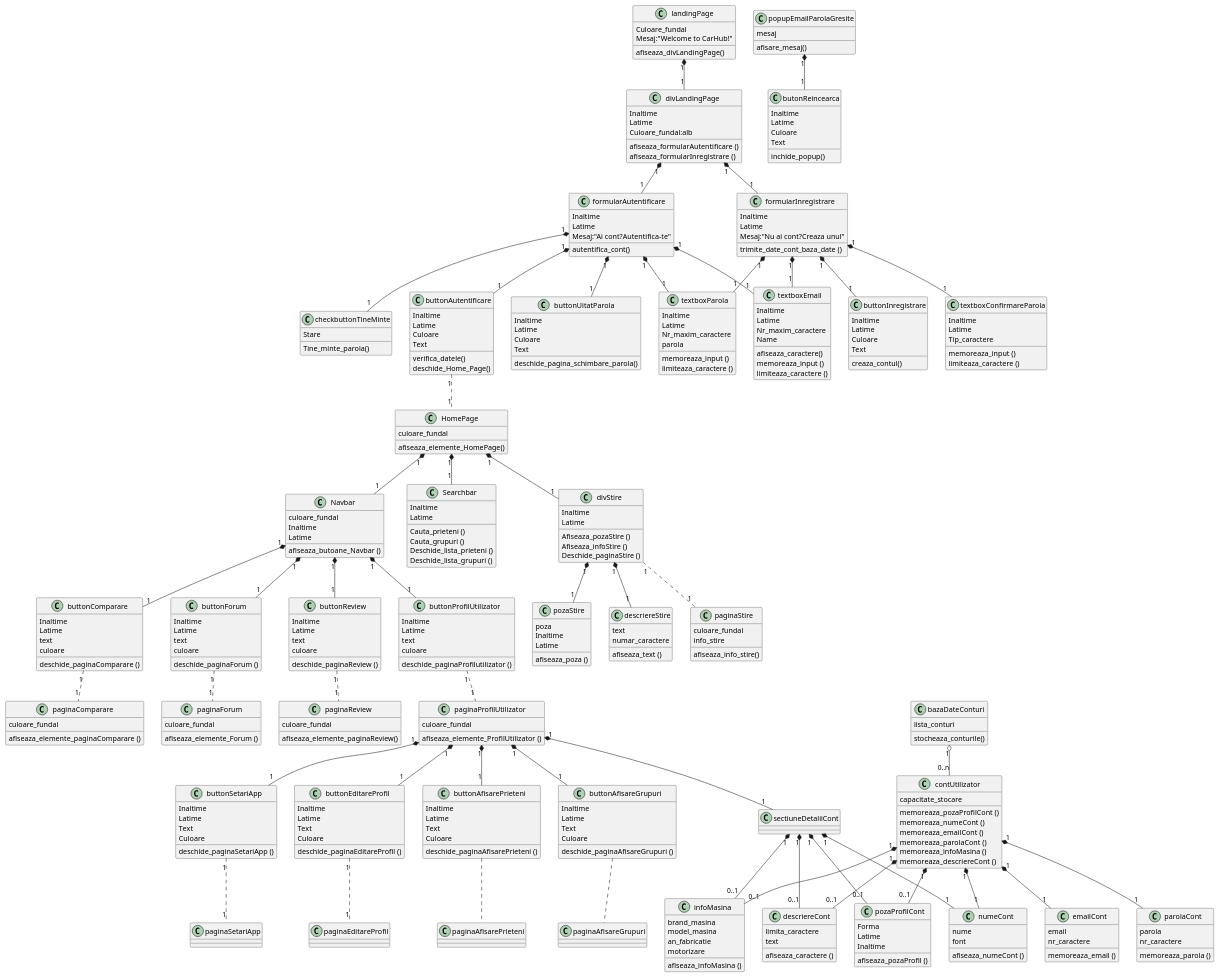
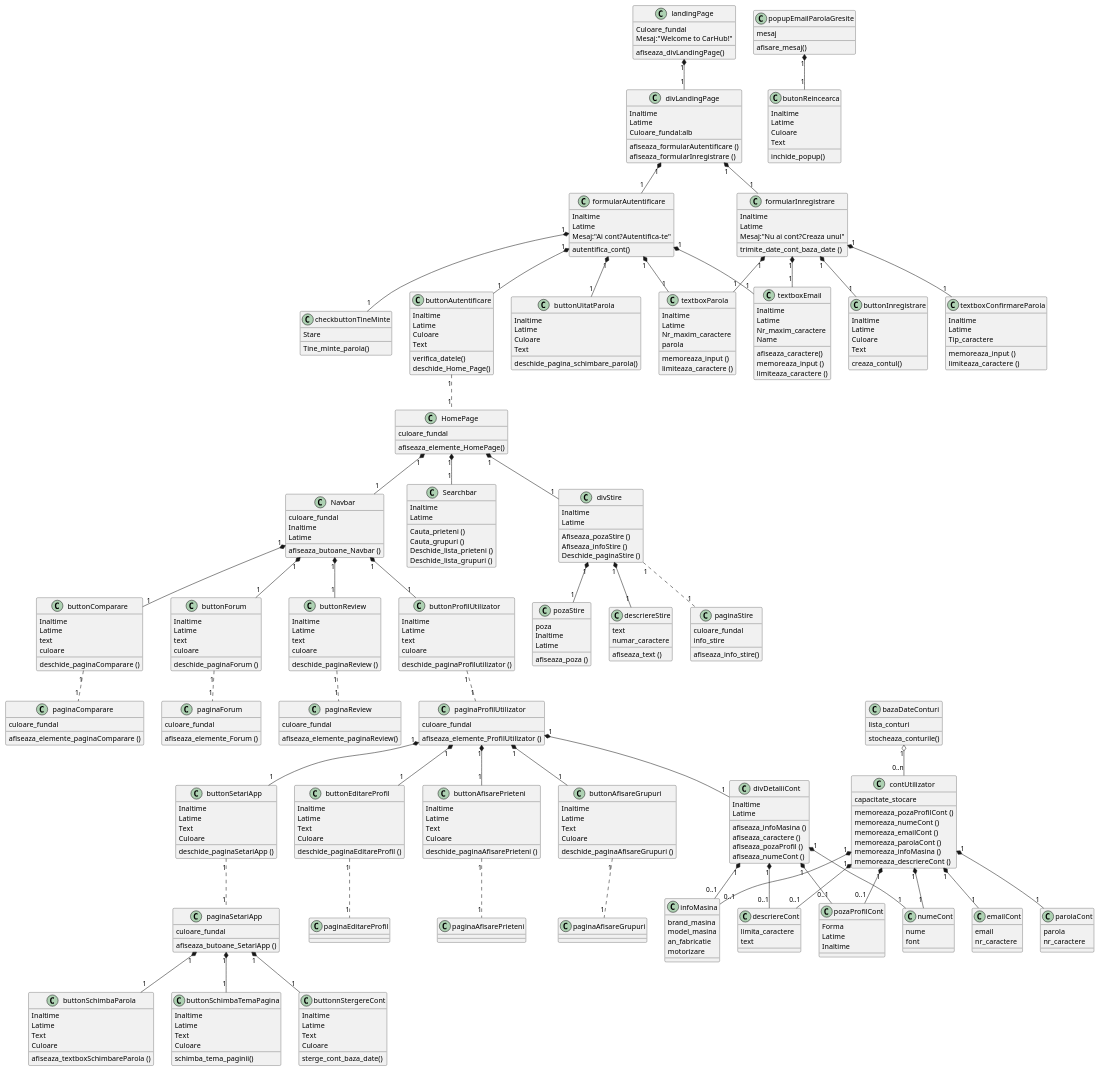
The diagram in ClassDiagram.puml (GelilFabian/CarHub), drawn with PlantUML before and after one commit. The commit also changed 1 other file, not shown here.

```diff
--- a/ClassDiagram.puml
+++ b/ClassDiagram.puml
@@ -75,13 +75,11 @@
 class emailCont {
 email
 nr_caractere
-memoreaza_email ()
 }
 
 class parolaCont {
 parola
 nr_caractere
-memoreaza_parola ()
 }
 
 class formularInregistrare{
@@ -229,13 +227,12 @@
 Forma
 Latime
 Inaltime
-afiseaza_pozaProfil ()
 }
 
 class numeCont {
 nume
 font
-afiseaza_numeCont ()
+
 }
 
 class infoMasina {
@@ -243,13 +240,12 @@
 model_masina
 an_fabricatie
 motorizare
-afiseaza_infoMasina ()
 }
 
 class descriereCont {
 limita_caractere
 text
-afiseaza_caractere ()
+
 }
 
 class buttonEditareProfil {
@@ -288,9 +284,41 @@
 }
 
 class paginaSetariApp {
+culoare_fundal
+afiseaza_butoane_SetariApp ()
 }
 
-class sectiuneDetaliiCont {
+class divDetaliiCont {
+Inaltime
+Latime
+afiseaza_infoMasina ()
+afiseaza_caractere ()
+afiseaza_pozaProfil ()
+afiseaza_numeCont ()
+}
+
+class buttonSchimbaParola {
+Inaltime
+Latime
+Text
+Culoare
+afiseaza_textboxSchimbareParola ()
+}
+
+class buttonSchimbaTemaPagina {
+Inaltime
+Latime
+Text
+Culoare
+schimba_tema_paginii()
+}
+
+class buttonnStergereCont {
+Inaltime
+Latime
+Text
+Culoare
+sterge_cont_baza_date()
 }
 
 'fa proprietatile
@@ -336,17 +364,20 @@
 buttonComparare "1" .. "1" paginaComparare
 buttonForum "1" .. "1" paginaForum
 buttonReview "1" .. "1" paginaReview
-paginaProfilUtilizator "1" *-- "1" sectiuneDetaliiCont
+paginaProfilUtilizator "1" *-- "1" divDetaliiCont
 paginaProfilUtilizator "1" *-- "1" buttonEditareProfil
 paginaProfilUtilizator "1" *-- "1" buttonAfisareGrupuri
 paginaProfilUtilizator "1" *-- "1" buttonAfisarePrieteni
 paginaProfilUtilizator "1" *-- "1" buttonSetariApp
-sectiuneDetaliiCont "1" *-- "0..1" pozaProfilCont
-sectiuneDetaliiCont "1" *-- "1" numeCont
-sectiuneDetaliiCont "1" *-- "0..1" infoMasina
-sectiuneDetaliiCont "1" *-- "0..1" descriereCont
+divDetaliiCont "1" *-- "0..1" pozaProfilCont
+divDetaliiCont "1" *-- "1" numeCont
+divDetaliiCont "1" *-- "0..1" infoMasina
+divDetaliiCont "1" *-- "0..1" descriereCont
 buttonSetariApp "1".."1" paginaSetariApp
 buttonEditareProfil "1".."1" paginaEditareProfil
-buttonAfisarePrieteni .. paginaAfisarePrieteni
-buttonAfisareGrupuri .. paginaAfisareGrupuri
+buttonAfisarePrieteni "1".. "1" paginaAfisarePrieteni
+buttonAfisareGrupuri "1" .. "1" paginaAfisareGrupuri
+paginaSetariApp "1" *-- "1" buttonSchimbaParola
+paginaSetariApp "1" *-- "1" buttonSchimbaTemaPagina
+paginaSetariApp "1" *-- "1" buttonnStergereCont
 @enduml
```
